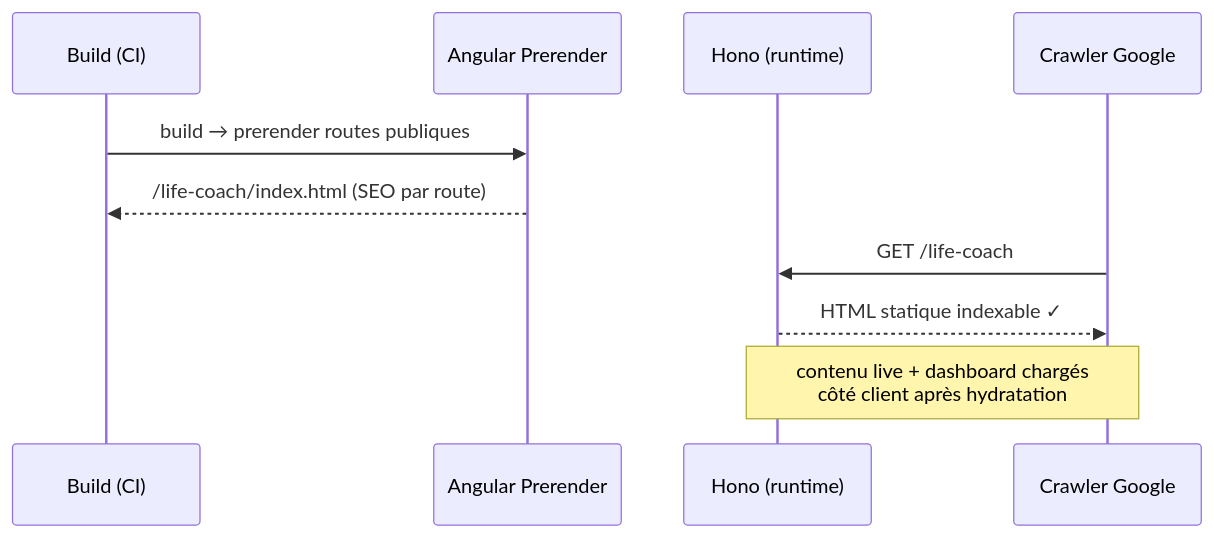
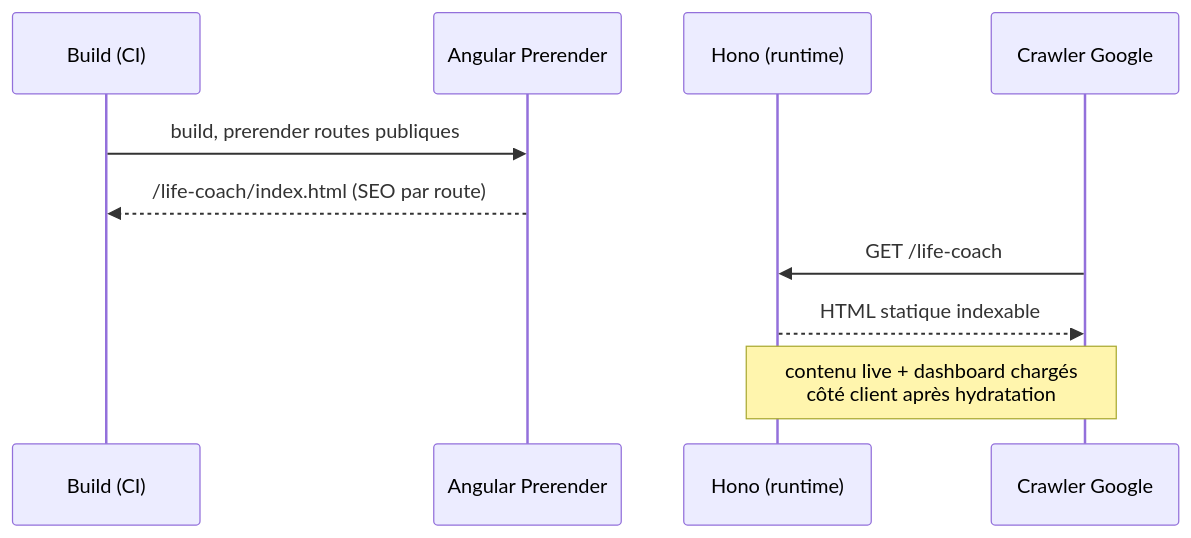
One commit to j-ned/coaching-life changed the diagram in README.md. Above: the diagram before and after it, drawn with Mermaid. The commit also changed other lines of this file and 27 other files, not shown here.

````diff
--- a/README.md
+++ b/README.md
@@ -70,13 +68,13 @@
 ```mermaid
 sequenceDiagram
   participant B as Build (CI)
   participant A as Angular Prerender
   participant H as Hono (runtime)
   participant G as Crawler Google
 
-  B->>A: build → prerender routes publiques
+  B->>A: build, prerender routes publiques
   A-->>B: /life-coach/index.html (SEO par route)
   G->>H: GET /life-coach
-  H-->>G: HTML statique indexable ✓
+  H-->>G: HTML statique indexable
   Note over H,G: contenu live + dashboard chargés<br/>côté client après hydratation
 ```
````
